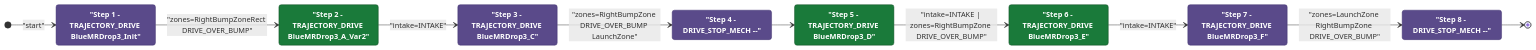
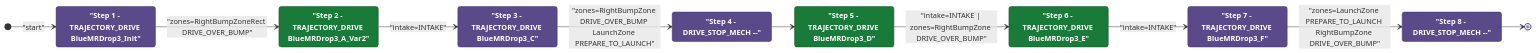
The diagram in documents/auton/BlueBOutKeep3NDepNOutScoreNCliInvert.md (Team302/2026Rebuilt), drawn with Mermaid before and after one commit. The commit also changed other lines of this file and 66 other files, not shown here.

First line of the commit message:
docs(auton): regenerate Mermaid diagrams [skip ci]

````diff
--- a/documents/auton/BlueBOutKeep3NDepNOutScoreNCliInvert.md
+++ b/documents/auton/BlueBOutKeep3NDepNOutScoreNCliInvert.md
@@ -8,36 +8,36 @@
 ```mermaid
 stateDiagram-v2
     direction LR
 
     %% Green = intake active, Purple = intake off
     classDef intake  fill:#1a7a3a,color:#ffffff,stroke:#0d4a1f,font-weight:bold
     classDef noIntake fill:#5a4a8a,color:#ffffff,stroke:#3a2a6a,font-weight:bold
 
     Step1 : "Step 1 - TRAJECTORY_DRIVE BlueMRDrop3_Init"
     Step2 : "Step 2 - TRAJECTORY_DRIVE BlueMRDrop3_A_Var2"
     Step3 : "Step 3 - TRAJECTORY_DRIVE BlueMRDrop3_C"
     Step4 : "Step 4 - DRIVE_STOP_MECH --"
     Step5 : "Step 5 - TRAJECTORY_DRIVE BlueMRDrop3_D"
     Step6 : "Step 6 - TRAJECTORY_DRIVE BlueMRDrop3_E"
     Step7 : "Step 7 - TRAJECTORY_DRIVE BlueMRDrop3_F"
     Step8 : "Step 8 - DRIVE_STOP_MECH --"
 
     class Step1 noIntake
     class Step2 intake
     class Step3 noIntake
     class Step4 noIntake
     class Step5 intake
     class Step6 intake
     class Step7 noIntake
     class Step8 noIntake
 
     [*] --> Step1 : "start"
     Step1 --> Step2: "zones=RightBumpZoneRect DRIVE_OVER_BUMP"
     Step2 --> Step3: "intake=INTAKE"
-    Step3 --> Step4: "zones=RightBumpZone DRIVE_OVER_BUMP LaunchZone"
+    Step3 --> Step4: "zones=RightBumpZone DRIVE_OVER_BUMP LaunchZone PREPARE_TO_LAUNCH"
     Step4 --> Step5
     Step5 --> Step6: "intake=INTAKE | zones=RightBumpZone DRIVE_OVER_BUMP"
     Step6 --> Step7: "intake=INTAKE"
-    Step7 --> Step8: "zones=LaunchZone RightBumpZone DRIVE_OVER_BUMP"
+    Step7 --> Step8: "zones=LaunchZone PREPARE_TO_LAUNCH RightBumpZone DRIVE_OVER_BUMP"
     Step8 --> [*]
 ```
````
